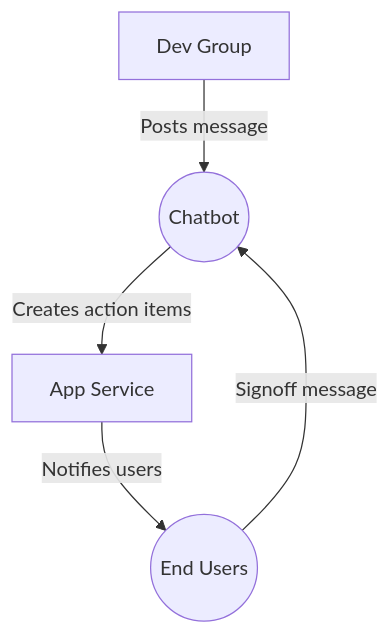
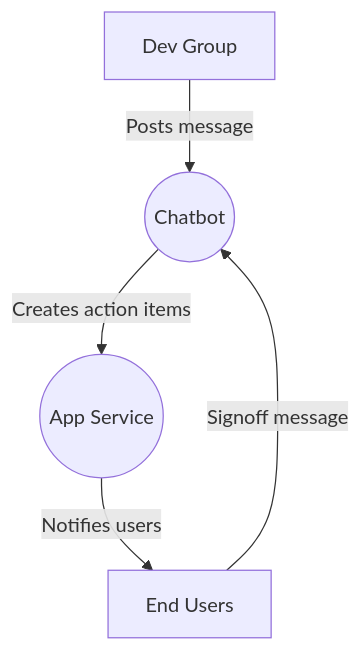
Before and after one commit to vjoise/newbot: the second of 3 diagrams in README.md, drawn with Mermaid. The commit also changed other lines of this file, not shown here.

````diff
--- a/README.md
+++ b/README.md
@@ -24,7 +24,7 @@
 ```mermaid
 graph TB
     Developer[Dev Group] -- Posts message --> B((Chatbot))
     B((Chatbot)) -- Creates action items --> App[App Service]
-    App[App Service] -- Notifies users --> E((End Users))
-    E((End Users)) -- Signoff message --> B((Chatbot))
+    App((App Service)) -- Notifies users --> E[End Users]
+    E[End Users] -- Signoff message --> B((Chatbot))
 ```
````
